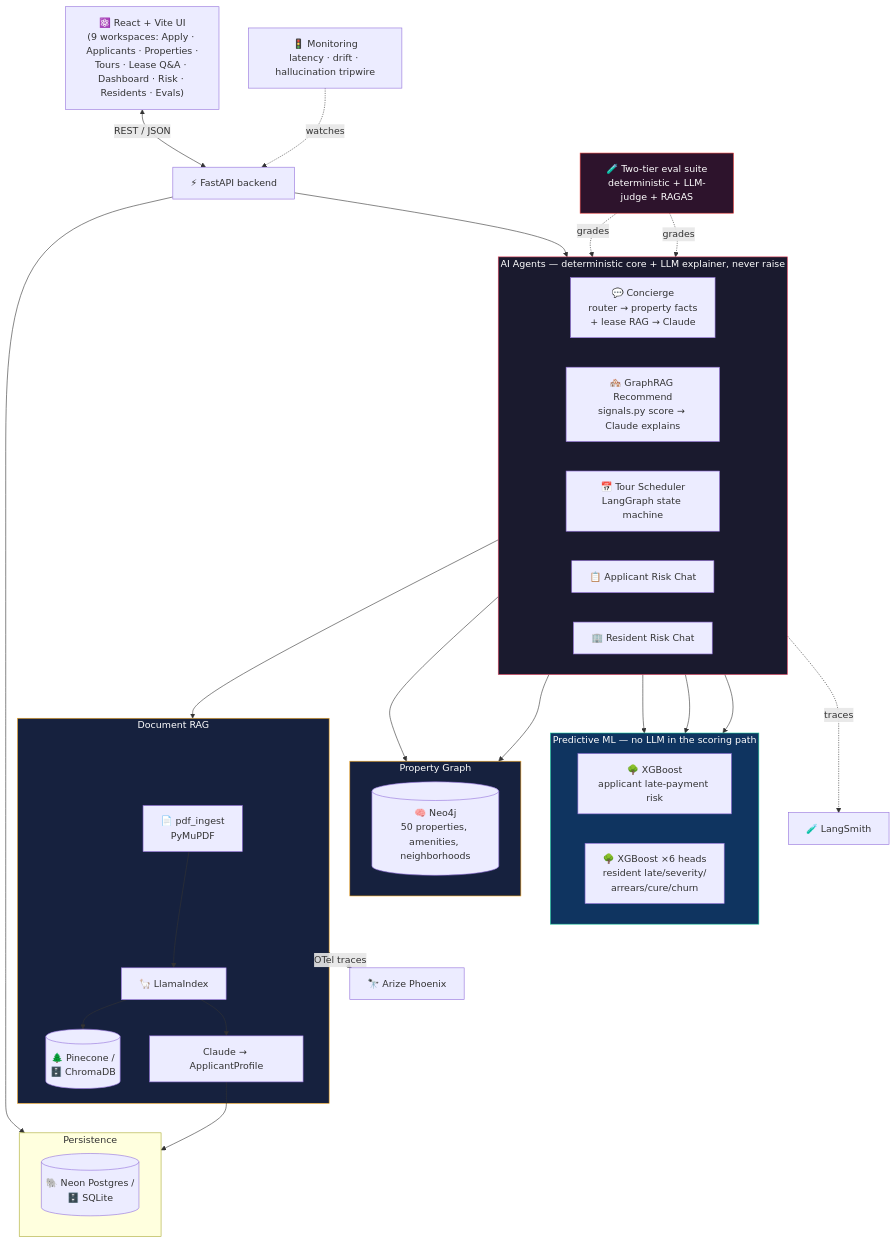
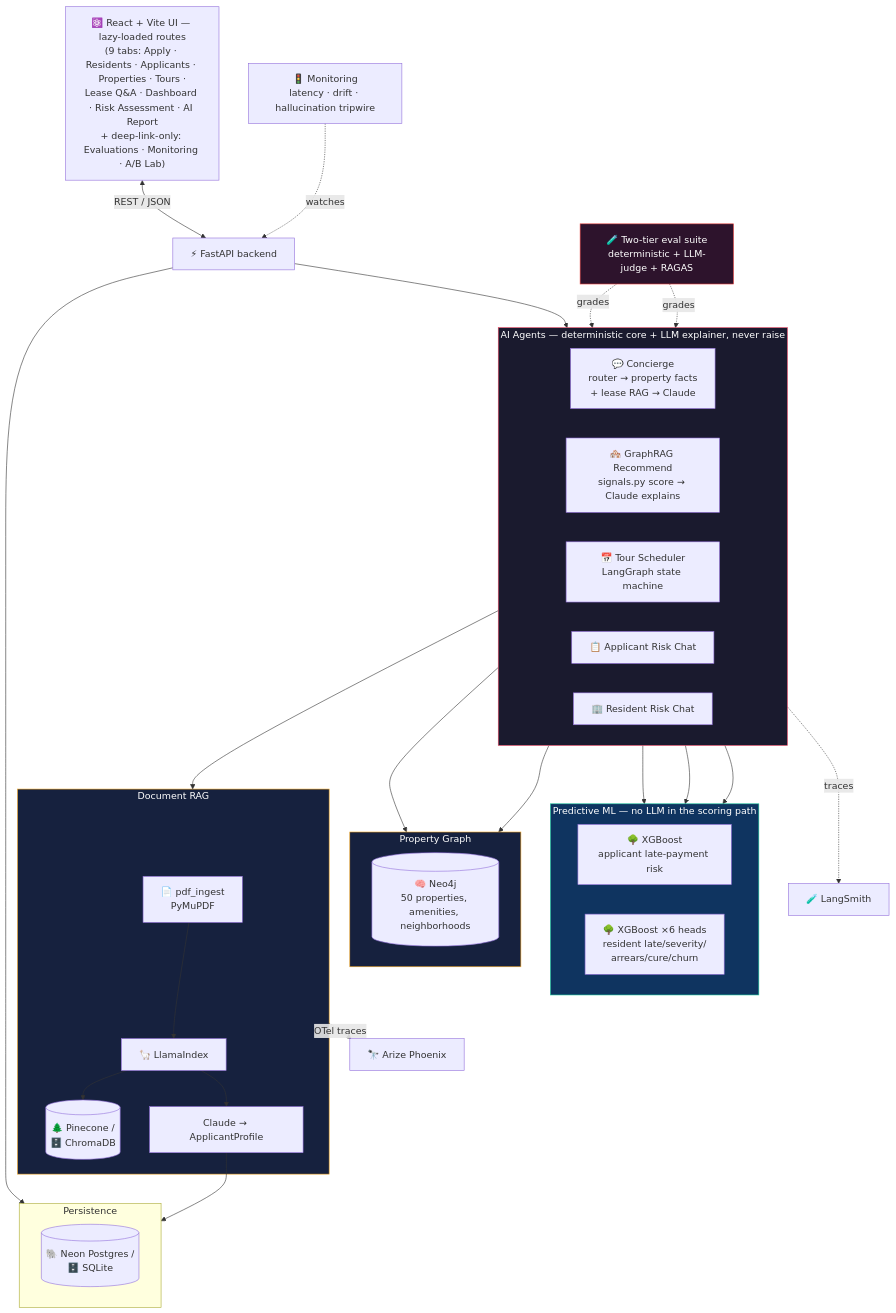
The first of 2 diagrams in README.md (taroserigano/rentready), drawn with Mermaid before and after one commit. The commit also changed other lines of this file, not shown here.

````diff
--- a/README.md
+++ b/README.md
@@ -151,58 +211,58 @@
 ```mermaid
 flowchart TB
-    UI["⚛️ React + Vite UI\n(9 workspaces: Apply · Applicants · Properties ·\nTours · Lease Q&A · Dashboard · Risk · Residents · Evals)"]
+    UI["⚛️ React + Vite UI — lazy-loaded routes\n(9 tabs: Apply · Residents · Applicants · Properties · Tours ·\nLease Q&A · Dashboard · Risk Assessment · AI Report\n+ deep-link-only: Evaluations · Monitoring · A/B Lab)"]
 
     UI <-->|REST / JSON| API["⚡ FastAPI backend"]
 
     subgraph AGENTS ["AI Agents — deterministic core + LLM explainer, never raise"]
         direction LR
         CONCIERGE["💬 Concierge\nrouter → property facts\n+ lease RAG → Claude"]
         RECO["🏘️ GraphRAG Recommend\nsignals.py score → Claude explains"]
         TOURS["📅 Tour Scheduler\nLangGraph state machine"]
         ARISK["📋 Applicant Risk Chat"]
         RRISK["🏢 Resident Risk Chat"]
     end
 
     API --> AGENTS
 
     subgraph RAG ["Document RAG"]
         PDF["📄 pdf_ingest\nPyMuPDF"] --> LI["🦙 LlamaIndex"]
         LI --> VEC[("🌲 Pinecone /\n🗄️ ChromaDB")]
         LI --> EXTRACT["Claude → ApplicantProfile"]
     end
 
     subgraph GRAPH ["Property Graph"]
         NEO[("🧠 Neo4j\n50 properties, amenities, neighborhoods")]
     end
 
     subgraph ML ["Predictive ML — no LLM in the scoring path"]
         XGB1["🌳 XGBoost\napplicant late-payment risk"]
         XGB2["🌳 XGBoost ×6 heads\nresident late/severity/\narrears/cure/churn"]
     end
 
     subgraph PERSIST ["Persistence"]
         PG[("🐘 Neon Postgres /\n🗄️ SQLite")]
     end
 
     CONCIERGE --> RAG
     CONCIERGE --> GRAPH
     RECO --> GRAPH
     RECO --> ML
     ARISK --> ML
     RRISK --> ML
     EXTRACT --> PERSIST
     API --> PERSIST
 
     RAG -.OTel traces.-> PHX["🔭 Arize Phoenix"]
     AGENTS -.traces.-> LS["🧪 LangSmith"]
 
     EVAL["🧪 Two-tier eval suite\ndeterministic + LLM-judge + RAGAS"] -.grades.-> AGENTS
     EVAL -.grades.-> RECO
     MON["🚦 Monitoring\nlatency · drift · hallucination tripwire"] -.watches.-> API
 
     style AGENTS fill:#1a1a2e,stroke:#e94560,color:#fff
     style ML fill:#0f3460,stroke:#16c79a,color:#fff
     style RAG fill:#16213e,stroke:#f6a821,color:#fff
     style GRAPH fill:#16213e,stroke:#f6a821,color:#fff
     style EVAL fill:#2d132c,stroke:#ee4540,color:#fff
 ```
````
